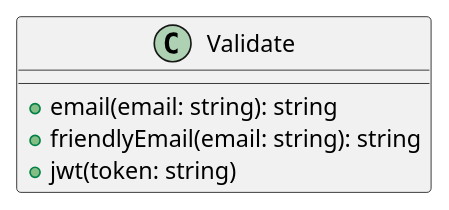
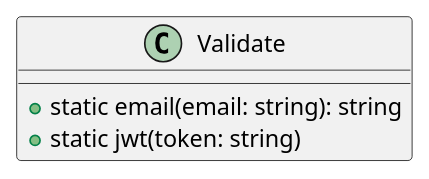
Before and after one commit to Chiqui1234ok/lions-app: the diagram in back/uml/Validate.puml, drawn with PlantUML. The commit also changed 1 other file, not shown here.

Commit message:
I converted methods to static, so I can use those methods without an instance

```diff
--- a/back/uml/Validate.puml
+++ b/back/uml/Validate.puml
@@ -1,9 +1,8 @@
 @startuml
 
 class Validate {
-    + email(email: string): string
-    + friendlyEmail(email: string): string
-    + jwt(token: string)
+    + static email(email: string): string
+    + static jwt(token: string)
 }
 
 @enduml
```
